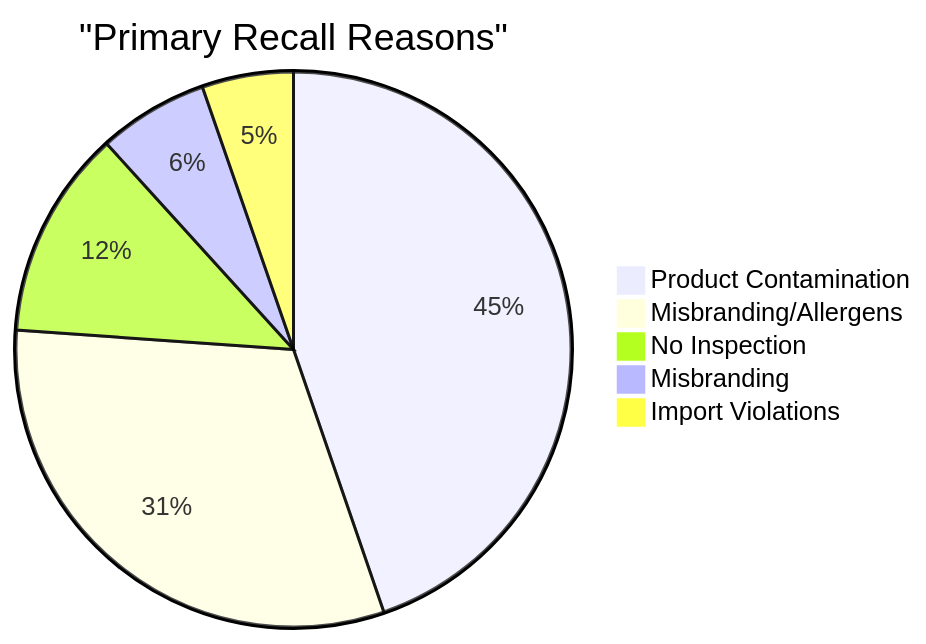
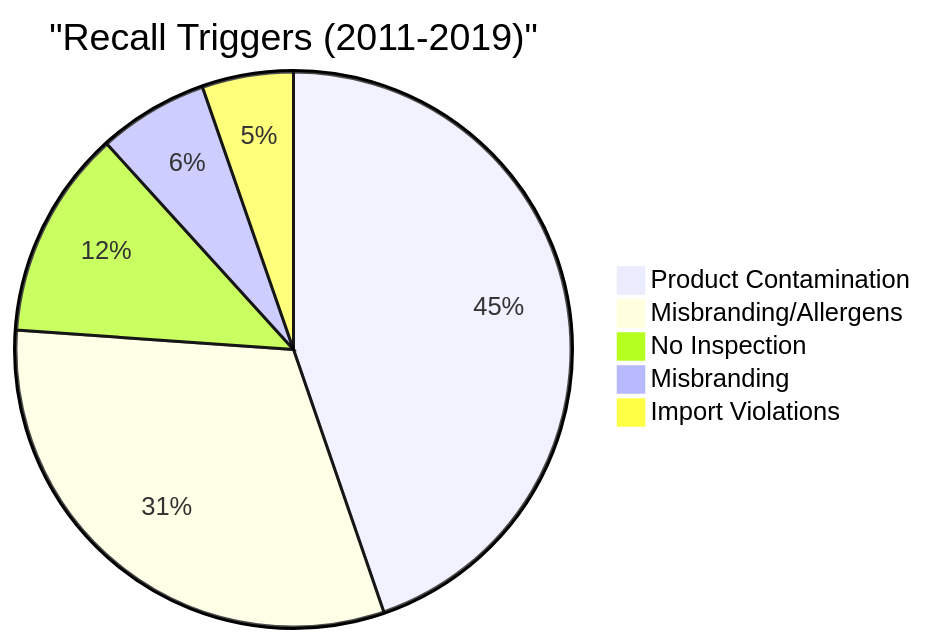
The seventh of 22 diagrams in README.md (gsinghjay/data-dashboard), drawn with Mermaid before and after one commit. The commit also changed other lines of this file, not shown here.

````diff
--- a/README.md
+++ b/README.md
@@ -205,8 +115,8 @@
 ```mermaid
-pie title "Primary Recall Reasons"
+pie title "Recall Triggers (2011-2019)"
     "Product Contamination" : 530
     "Misbranding/Allergens" : 372
     "No Inspection" : 144
     "Misbranding" : 76
     "Import Violations" : 63
 ```
````
